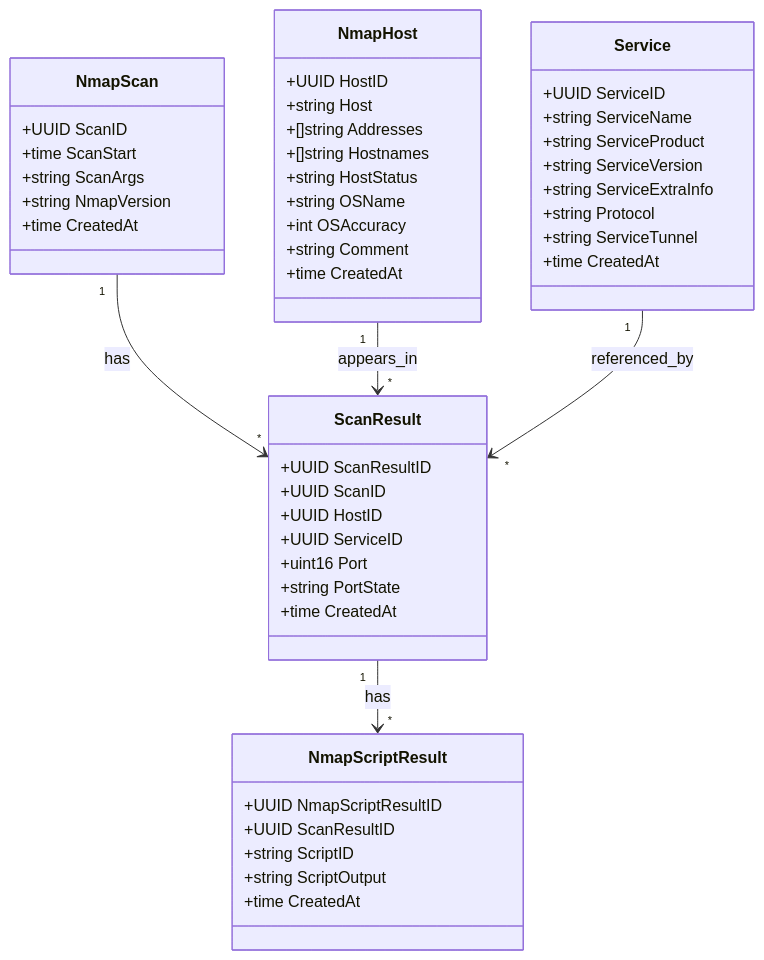
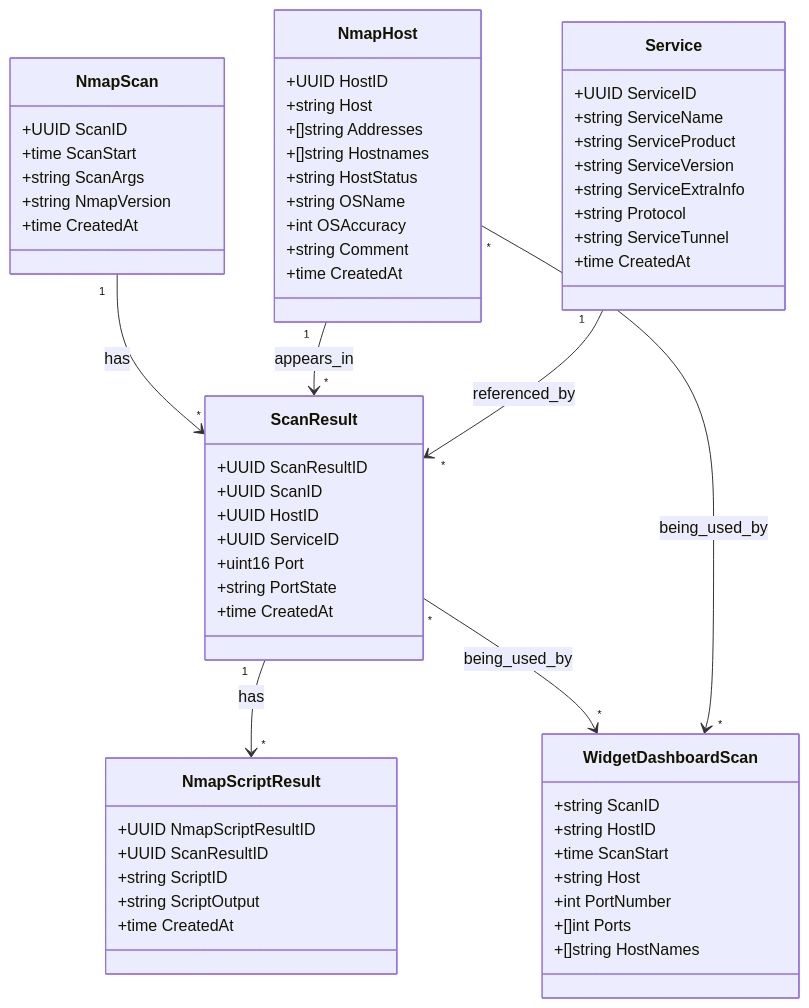
One commit to Robin-Van-de-Merghel/Shiryoku changed the diagram in internal/shiryoku-db/README.md. Above: the diagram before and after it, drawn with Mermaid. The commit also changed other lines of this file and 2 other files, not shown here.

Commit message:
docs: Corrected and developped a little the documentation

````diff
--- a/internal/shiryoku-db/README.md
+++ b/internal/shiryoku-db/README.md
@@ -13,74 +32,71 @@
 ```mermaid
 classDiagram
-    %% A scan discovered services
-    %% NmapScan --> ScanResult
-    %% ScanResult --> Service
-    %% ScanResult --> NmapHost
-    %% ScanResult --> NmapScriptResult
-
+    %% Main entities
     class NmapScan{
         +UUID ScanID
         +time ScanStart
         +string ScanArgs
         +string NmapVersion
         +time CreatedAt
     }
     
-    %% A host discovered during scans
-    %% Unicity : Host (IP address, or first address if multiple)
-    %% Can appear in multiple scans
     class NmapHost {
         +UUID HostID
         +string Host
         +[]string Addresses
         +[]string Hostnames
         +string HostStatus
         +string OSName
         +int OSAccuracy
         +string Comment
         +time CreatedAt
     }
-    
-    %% Usable by other scripts than nmap (nuclei, etc.)
-    %% Unicity : (ServiceName + Product + Version + ServiceExtraInfo + Protocol + ServiceTunnel)
-    %% Or else reuse existing one
+
     class Service {
         +UUID ServiceID
         +string ServiceName
         +string ServiceProduct
         +string ServiceVersion
         +string ServiceExtraInfo
         +string Protocol
         +string ServiceTunnel
         +time CreatedAt
     }
 
-    %% A scan discovered "ScanResult"s
-    %% One result = port + scan + host + service
-    %% Composite key: (ScanID, HostID, ServiceID, Port)
-    %% Represents: In this scan, this host had this service on this port
     class ScanResult {
         +UUID ScanResultID
         +UUID ScanID
         +UUID HostID
         +UUID ServiceID
         +uint16 Port
         +string PortState
         +time CreatedAt
     }
     
-    %% NSE script results for a specific scan result
-    %% (+ ScriptResults)
     class NmapScriptResult {
         +UUID NmapScriptResultID
         +UUID ScanResultID
         +string ScriptID
         +string ScriptOutput
         +time CreatedAt
     }
 
+    %% Dashboard-specific view
+    class WidgetDashboardScan {
+        +string ScanID
+        +string HostID
+        +time ScanStart
+        +string Host
+        +int PortNumber
+        +[]int Ports
+        +[]string HostNames
+    }
+
+    %% Relationships
     NmapScan "1" --> "*" ScanResult: has
     NmapHost "1" --> "*" ScanResult: appears_in
     Service "1" --> "*" ScanResult: referenced_by
     ScanResult "1" --> "*" NmapScriptResult: has
+    ScanResult "*" --> "*" WidgetDashboardScan: being_used_by
+    NmapHost "*" --> "*" WidgetDashboardScan: being_used_by
 ```
````
